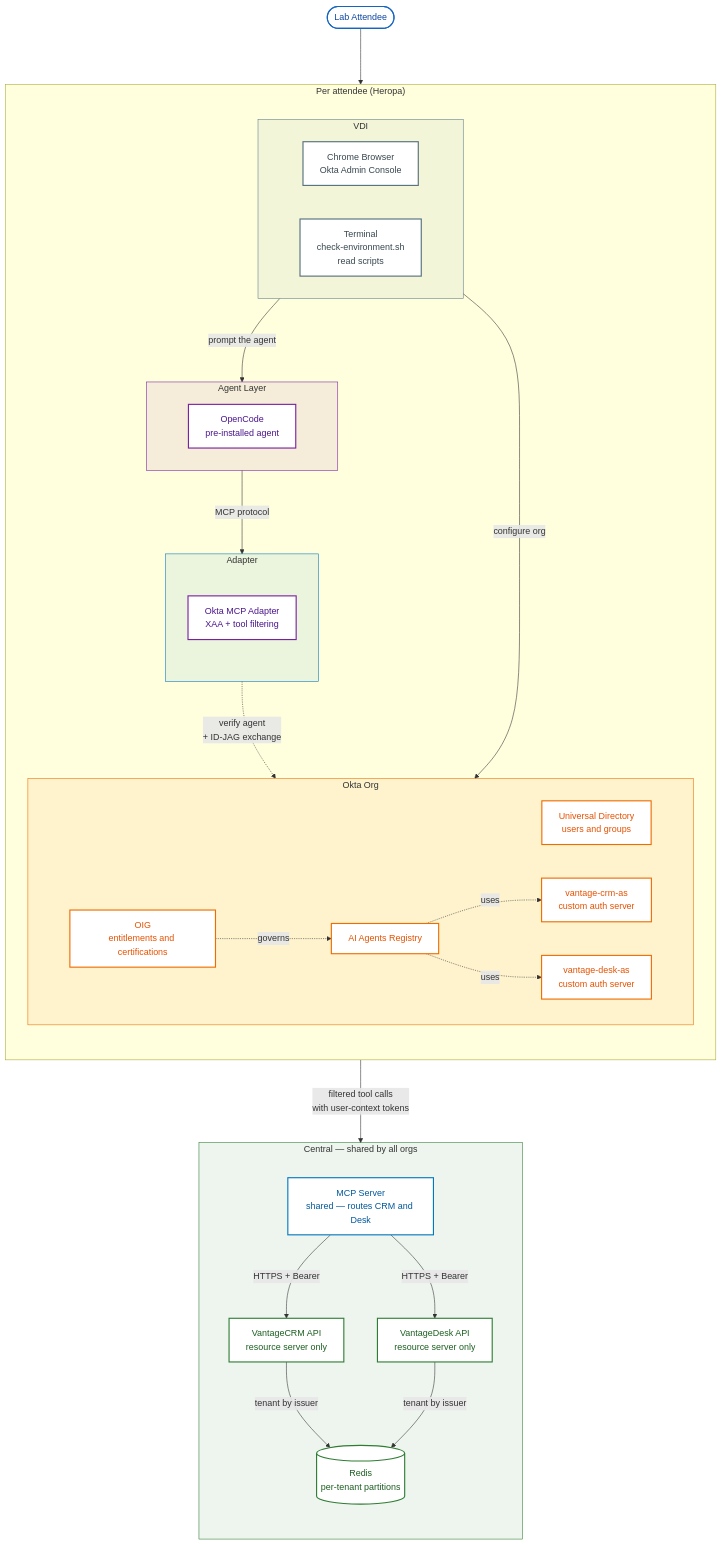
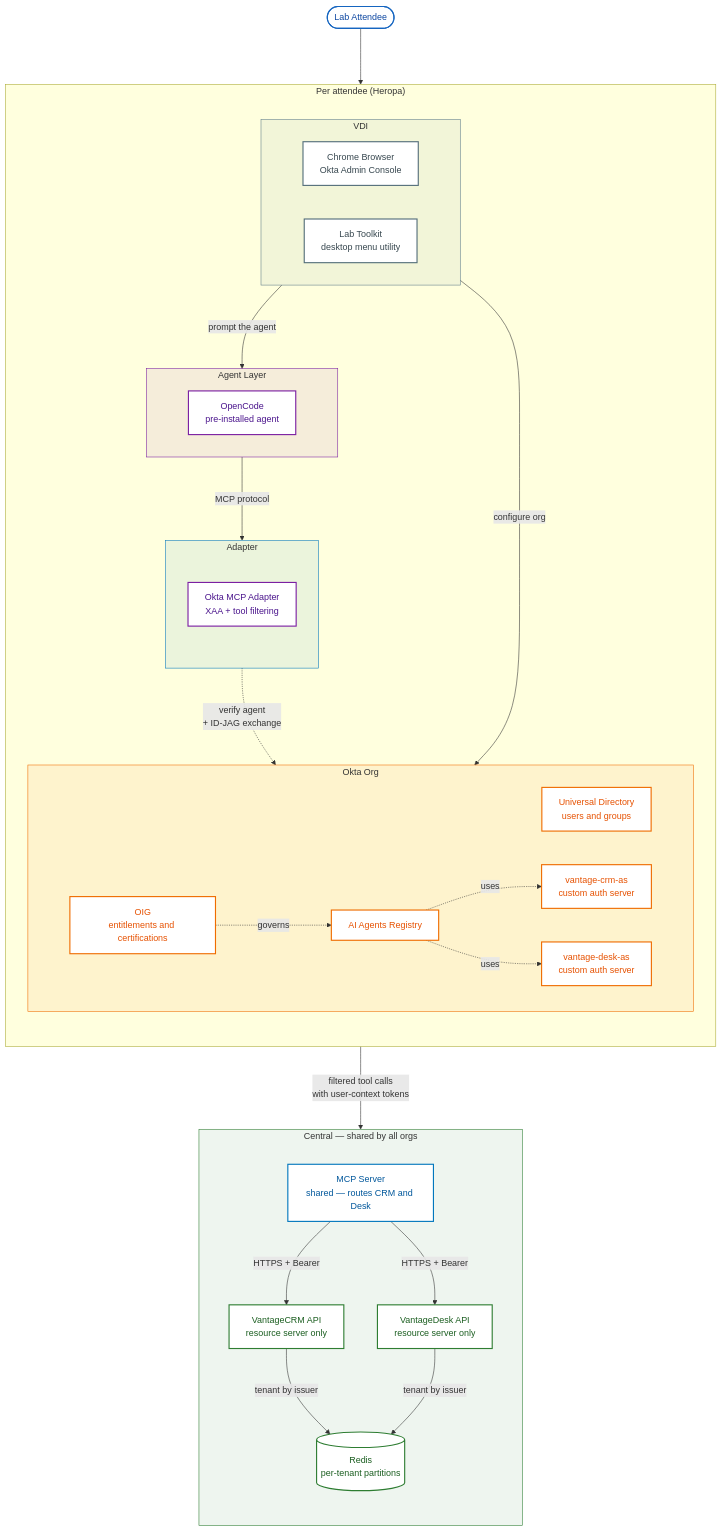
Before and after one commit to joevanhorn/04aa-tech-camp: the diagram in reference/architecture-diagram-source.md, drawn with Mermaid. The commit also changed other lines of this file and 8 other files, not shown here.

First line of the commit message:
docs: drive the Lab Toolkit instead of ~/Desktop/*.sh scripts

````diff
--- a/reference/architecture-diagram-source.md
+++ b/reference/architecture-diagram-source.md
@@ -21,78 +21,78 @@
 ```mermaid
 %%{init: {'flowchart': {'nodeSpacing': 60, 'rankSpacing': 100, 'curve': 'basis'}}}%%
 flowchart TB
     User([Lab Attendee])
 
     subgraph Heropa["Per attendee (Heropa)"]
         direction TB
 
         subgraph VDI["VDI"]
             direction LR
             Browser[Chrome Browser<br>Okta Admin Console]
-            Terminal[Terminal<br>check-environment.sh<br>read scripts]
+            Toolkit[Lab Toolkit<br>desktop menu utility]
         end
 
         subgraph AgentLayer["Agent Layer"]
             direction LR
             OpenCode[OpenCode<br>pre-installed agent]
         end
 
         subgraph Edge["Adapter"]
             direction TB
             Adapter[Okta MCP Adapter<br>XAA + tool filtering]
         end
 
         subgraph Okta["Okta Org"]
             direction LR
             UD[Universal Directory<br>users and groups]
             AIRegistry[AI Agents Registry]
             CRMAS[vantage-crm-as<br>custom auth server]
             DeskAS[vantage-desk-as<br>custom auth server]
             OIG[OIG<br>entitlements and certifications]
         end
     end
 
     subgraph Central["Central — shared by all orgs"]
         direction TB
         MCP[MCP Server<br>shared — routes CRM and Desk]
         CRM[VantageCRM API<br>resource server only]
         Desk[VantageDesk API<br>resource server only]
         Redis[(Redis<br>per-tenant partitions)]
     end
 
     User --> Browser
     Browser -->|configure org| Okta
     Browser -->|prompt the agent| AgentLayer
 
     AgentLayer -->|MCP protocol| Adapter
     Adapter -.verify agent<br>+ ID-JAG exchange.-> AIRegistry
     Adapter -->|filtered tool calls<br>with user-context tokens| MCP
     MCP -->|HTTPS + Bearer| CRM
     MCP -->|HTTPS + Bearer| Desk
     CRM -->|tenant by issuer| Redis
     Desk -->|tenant by issuer| Redis
 
     OIG -.governs.-> AIRegistry
     AIRegistry -.uses.-> CRMAS
     AIRegistry -.uses.-> DeskAS
 
     classDef trigger fill:#ffffff,stroke:#1565c0,stroke-width:2px,color:#0d47a1
     classDef infra fill:#ffffff,stroke:#546e7a,stroke-width:2px,color:#37474f
     classDef oktaCore fill:#ffffff,stroke:#ef6c00,stroke-width:2px,color:#e65100
     classDef workflow fill:#ffffff,stroke:#7b1fa2,stroke-width:2px,color:#4a148c
     classDef action fill:#ffffff,stroke:#0277bd,stroke-width:2px,color:#01579b
     classDef governance fill:#ffffff,stroke:#2e7d32,stroke-width:2px,color:#1b5e20
 
     class User trigger
-    class Browser,Terminal infra
+    class Browser,Toolkit infra
     class OpenCode,Adapter workflow
     class MCP action
     class CRM,Desk,Redis governance
     class UD,AIRegistry,CRMAS,DeskAS,OIG oktaCore
 
     style VDI fill:#607d8b14,stroke:#607d8b,stroke-width:1px
     style AgentLayer fill:#7b1fa214,stroke:#7b1fa2,stroke-width:1px
     style Edge fill:#0277bd14,stroke:#0277bd,stroke-width:1px
     style Okta fill:#ef6c0014,stroke:#ef6c00,stroke-width:1px
     style Central fill:#2e7d3214,stroke:#2e7d32,stroke-width:1px
 ```
````
